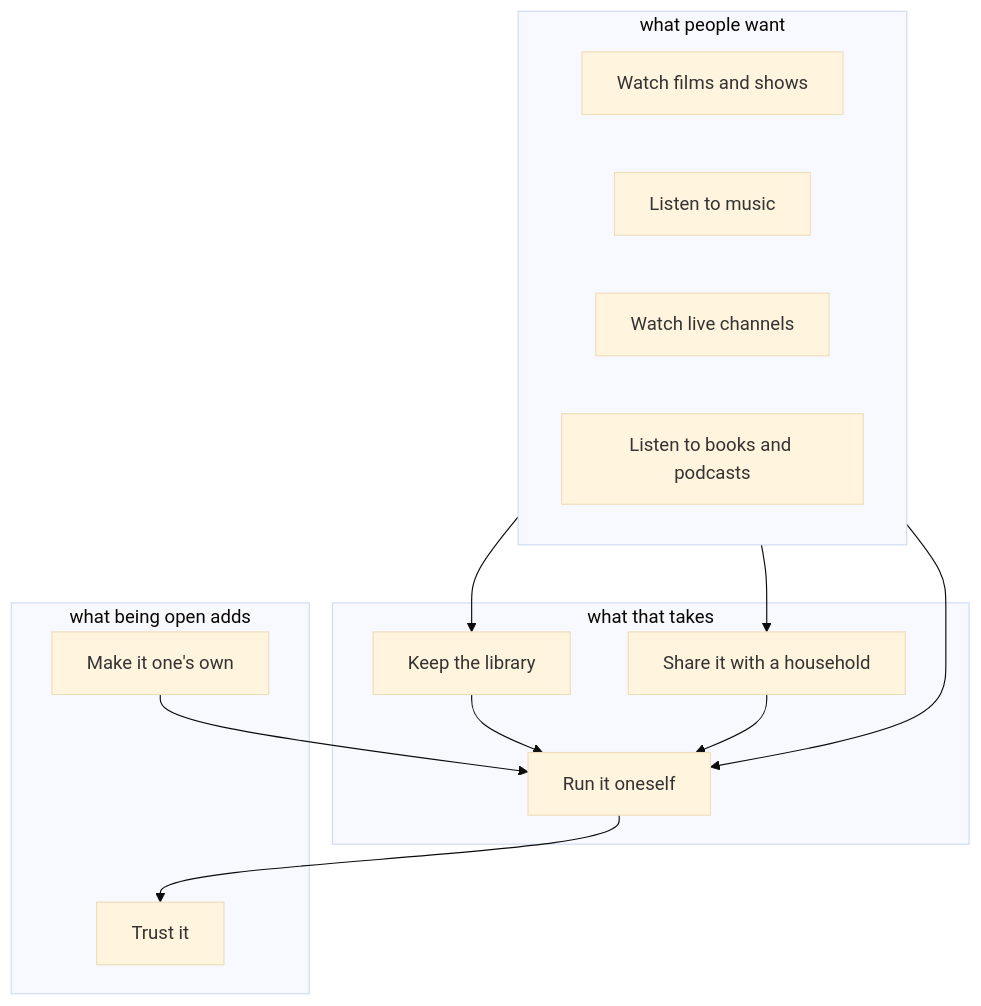
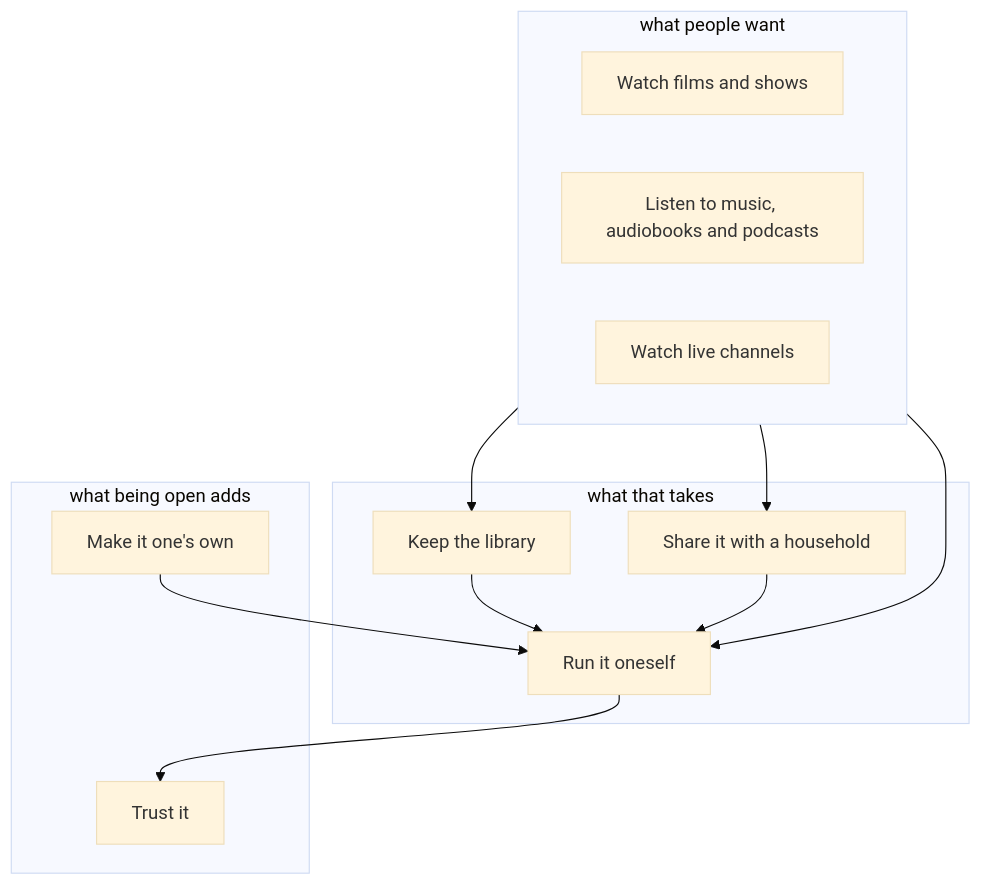
One commit to zaentrum/zaentrum changed the diagram in spec/goals/README.md. Above: the diagram before and after it, drawn with Mermaid (base theme). The commit also changed other lines of this file and 9 other files, not shown here.

Commit message:
spec(goals): one goal for listening - music, audiobooks and podcasts in one product, musig; books to read are not a goal; the goal for books goes, and its capability and its expectation move under listening

````diff
--- a/spec/goals/README.md
+++ b/spec/goals/README.md
@@ -65,19 +69,19 @@
 ```mermaid
 flowchart TD
   subgraph k_use["what people want"]
-    g_watch["Watch films and shows"]; g_listen["Listen to music"]; g_live["Watch live channels"]; g_books["Listen to books and podcasts"]
+    g_watch["Watch films and shows"]; g_listen["Listen to music, audiobooks and podcasts"]; g_live["Watch live channels"]
   end
   subgraph k_enable["what that takes"]
     g_library["Keep the library"]; g_people["Share it with a household"]; g_run["Run it oneself"]
   end
   subgraph k_open["what being open adds"]
     g_extend["Make it one's own"]; g_trust["Trust it"]
   end
   k_use --> g_library
   k_use --> g_people
   k_use --> g_run
   g_library --> g_run
   g_people --> g_run
   g_run --> g_trust
   g_extend --> g_run
 ```
````
